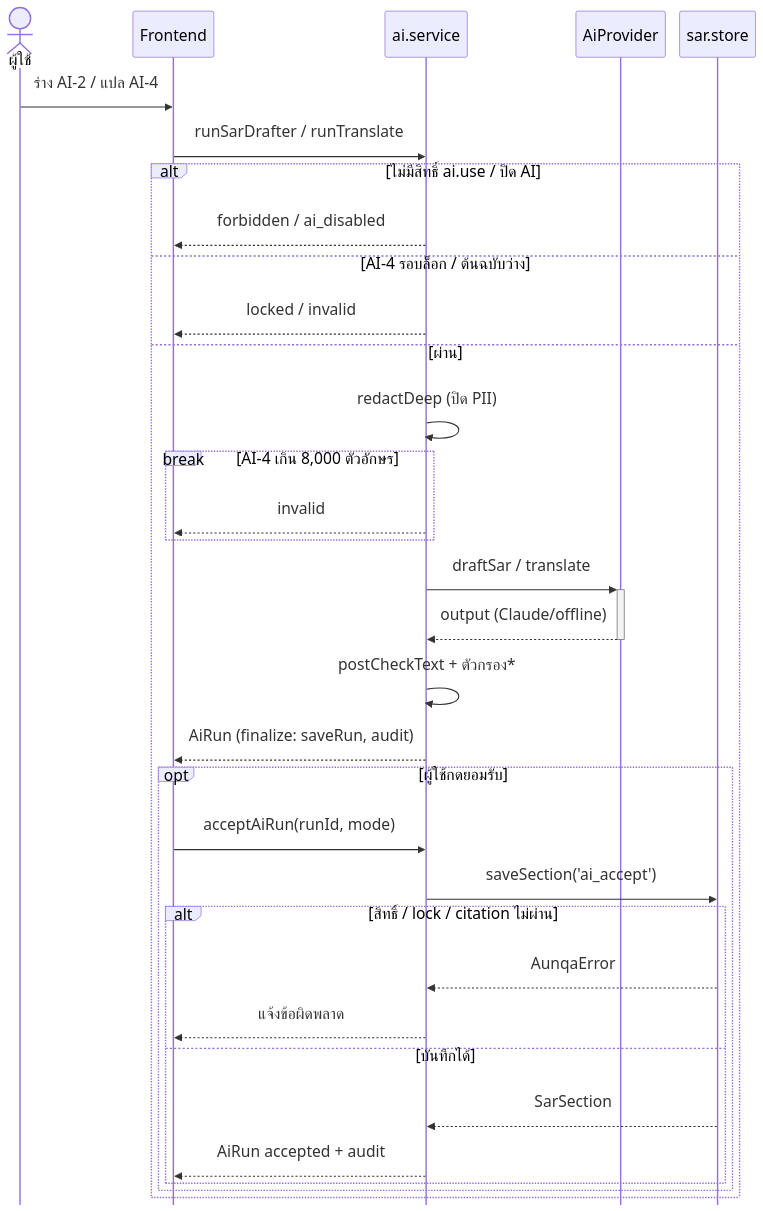
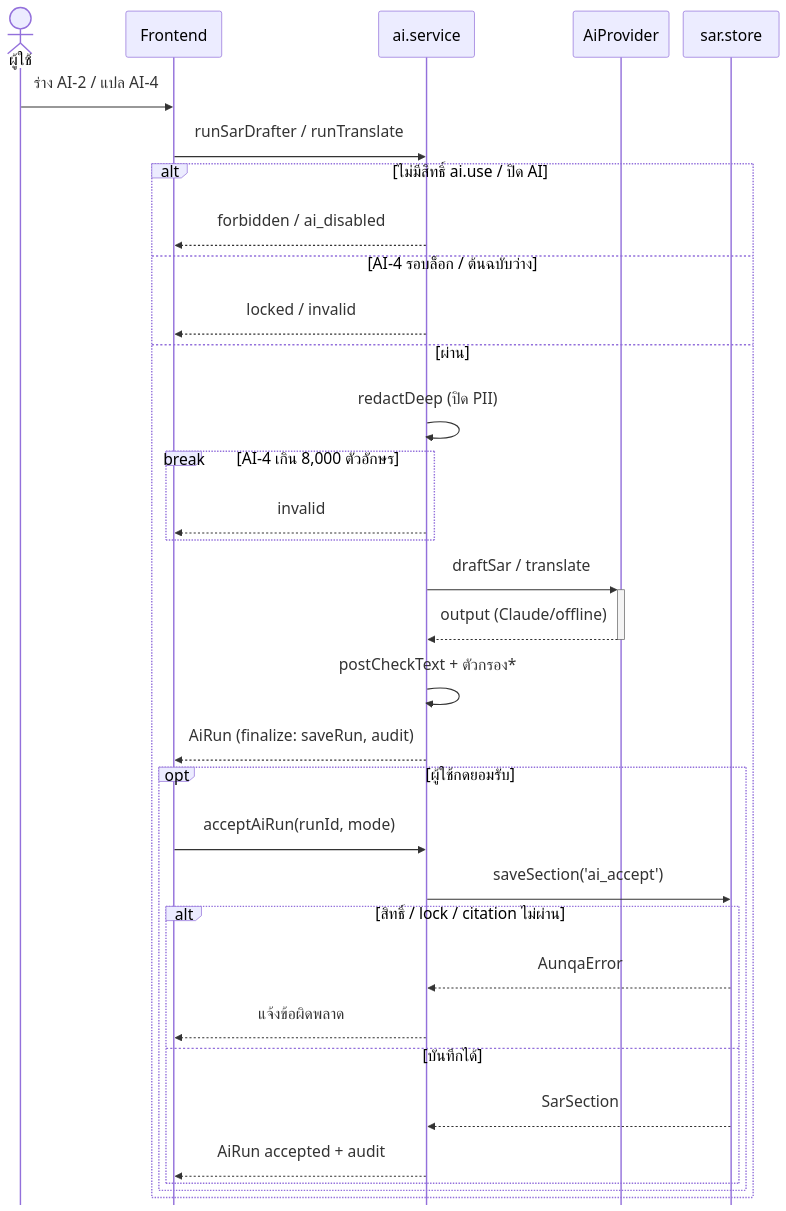
Before and after one commit to sunthanathza5566/project-mockup: the diagram in docs/diagrams/seq-ai-pipeline.mmd, drawn with Mermaid. The commit also changed 15 other files, not shown here.

Commit message:
docs(TASK-0001): D1 final UML diagram set (20 figures, A4-legible, mermaid dashed-line fix)

```diff
--- a/docs/diagrams/seq-ai-pipeline.mmd
+++ b/docs/diagrams/seq-ai-pipeline.mmd
@@ -1,35 +1,35 @@
 %% source: eduflow-next/lib/api/ai.service.ts:39-89 (getProvider, finalize, judgementFilter), 144-167 (runSarDrafter), 217-282 (runTranslate), 396-444 (acceptAiRun); lib/api/sar.store.ts:52-79 | task: TASK-0001 | updated: 2026-10-22
-%%{init: {"fontSize": 22, "sequence": {"mirrorActors": false, "actorMargin": 20, "width": 100}}}%%
+%%{init: {"fontSize": 22, "sequence": {"mirrorActors": false, "actorMargin": 20, "width": 135}}}%%
 sequenceDiagram
   actor U as ผู้ใช้
   participant UI as Frontend
   participant S as ai.service
   participant P as AiProvider
   participant SS as sar.store
   U->>UI: ร่าง AI-2 / แปล AI-4
   UI->>S: runSarDrafter / runTranslate
   alt ไม่มีสิทธิ์ ai.use / ปิด AI
     S-->>UI: forbidden / ai_disabled
   else AI-4 รอบล็อก / ต้นฉบับว่าง
     S-->>UI: locked / invalid
   else ผ่าน
     S->>S: redactDeep (ปิด PII)
     break AI-4 เกิน 8,000 ตัวอักษร
       S-->>UI: invalid
     end
     S->>+P: draftSar / translate
     P-->>-S: output (Claude/offline)
     S->>S: postCheckText + ตัวกรอง*
     S-->>UI: AiRun (finalize: saveRun, audit)
     opt ผู้ใช้กดยอมรับ
       UI->>S: acceptAiRun(runId, mode)
       S->>SS: saveSection('ai_accept')
       alt สิทธิ์ / lock / citation ไม่ผ่าน
         SS-->>S: AunqaError
         S-->>UI: แจ้งข้อผิดพลาด
       else บันทึกได้
         SS-->>S: SarSection
         S-->>UI: AiRun accepted + audit
       end
     end
   end
```
